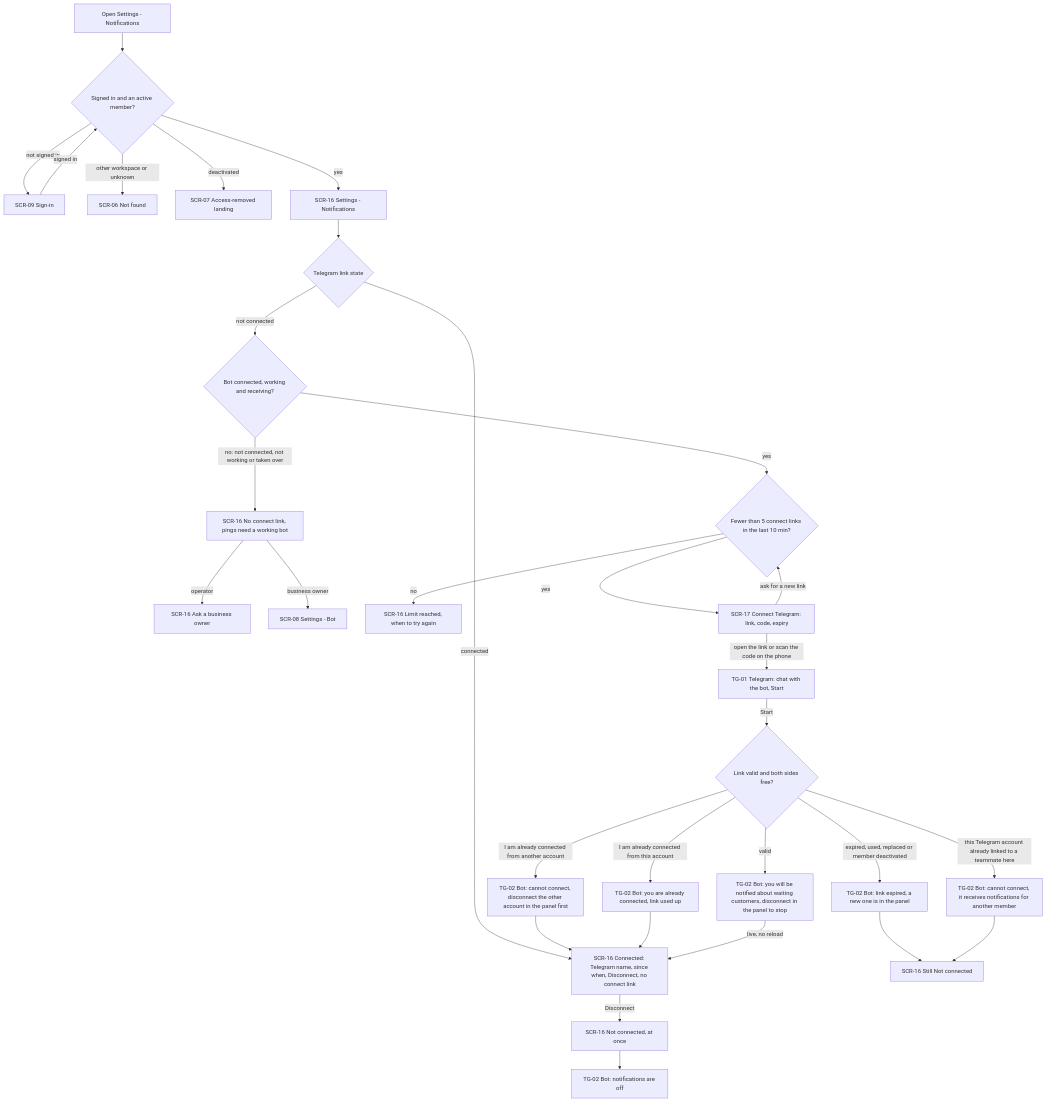
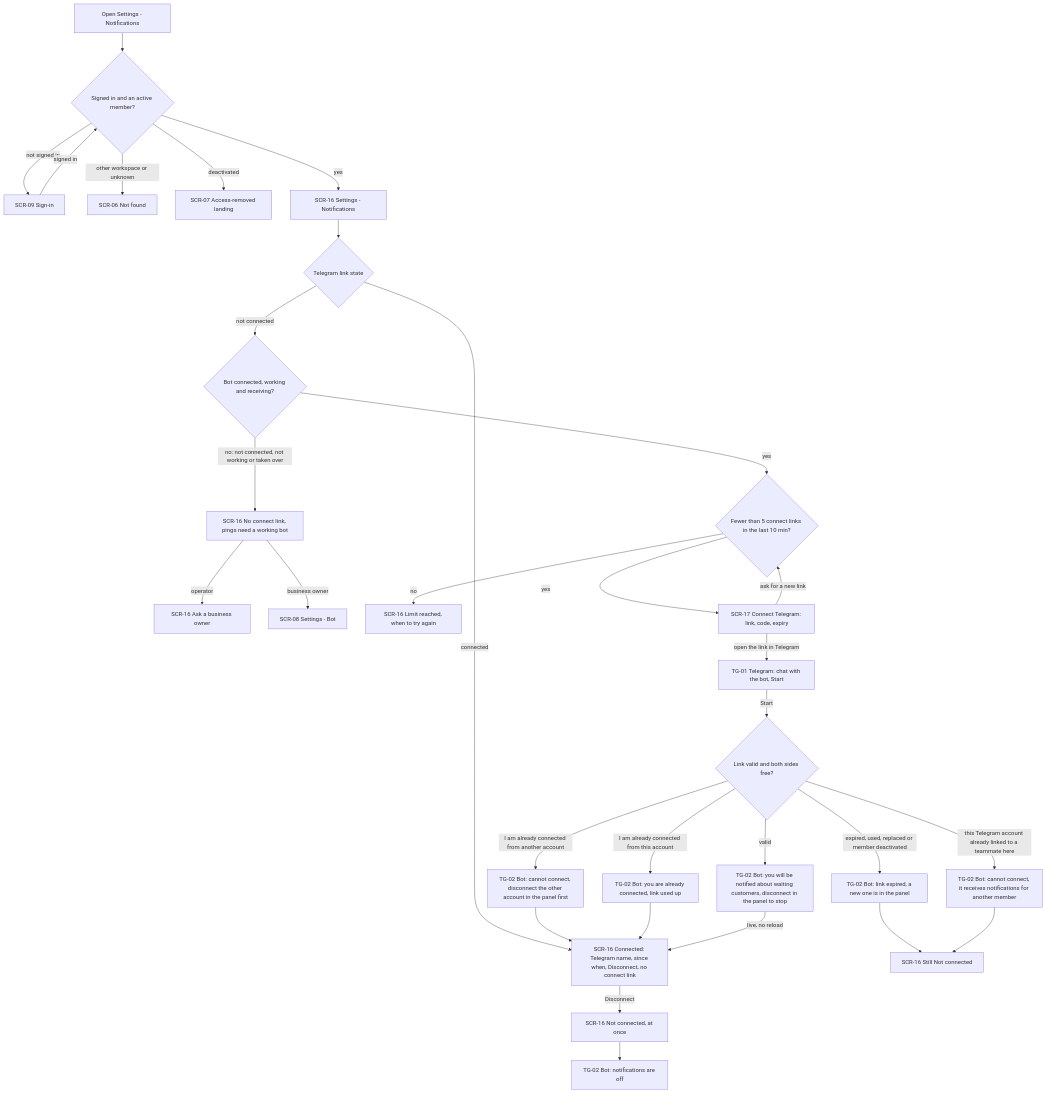
The third of 6 diagrams in docs/features/operator-notifications/ux-flows.md (GopkoDev/tg-inbox), drawn with Mermaid before and after one commit. The commit also changed other lines of this file and 5 other files, not shown here.

Commit message:
operator-notifications: no QR code in v1 (no new dependency) — connect link with Copy and Open in Telegram

````diff
--- a/docs/features/operator-notifications/ux-flows.md
+++ b/docs/features/operator-notifications/ux-flows.md
@@ -111,33 +111,33 @@
 ```mermaid
 flowchart TD
     A[Open Settings - Notifications] --> V{Signed in and an active member?}
     V -->|not signed in| SI[SCR-09 Sign-in]
     SI -->|signed in| V
     V -->|other workspace or unknown| NF[SCR-06 Not found]
     V -->|deactivated| AR[SCR-07 Access-removed landing]
     V -->|yes| S[SCR-16 Settings - Notifications]
     S --> K{Telegram link state}
     K -->|connected| CD[SCR-16 Connected: Telegram name, since when, Disconnect, no connect link]
     K -->|not connected| BS{Bot connected, working and receiving?}
     BS -->|no: not connected, not working or taken over| NB[SCR-16 No connect link, pings need a working bot]
     NB -->|operator| AO[SCR-16 Ask a business owner]
     NB -->|business owner| BOT[SCR-08 Settings - Bot]
     BS -->|yes| R{Fewer than 5 connect links in the last 10 min?}
     R -->|no| RL[SCR-16 Limit reached, when to try again]
     R -->|yes| DLG[SCR-17 Connect Telegram: link, code, expiry]
     DLG -->|ask for a new link| R
-    DLG -->|open the link or scan the code on the phone| TG1[TG-01 Telegram: chat with the bot, Start]
+    DLG -->|open the link in Telegram| TG1[TG-01 Telegram: chat with the bot, Start]
     TG1 -->|Start| L{Link valid and both sides free?}
     L -->|expired, used, replaced or member deactivated| EX[TG-02 Bot: link expired, a new one is in the panel]
     EX --> NC[SCR-16 Still Not connected]
     L -->|this Telegram account already linked to a teammate here| TK[TG-02 Bot: cannot connect, it receives notifications for another member]
     L -->|I am already connected from another account| OA[TG-02 Bot: cannot connect, disconnect the other account in the panel first]
     L -->|I am already connected from this account| AC[TG-02 Bot: you are already connected, link used up]
     TK --> NC
     OA --> CD
     AC --> CD
     L -->|valid| OK[TG-02 Bot: you will be notified about waiting customers, disconnect in the panel to stop]
     OK -->|live, no reload| CD
     CD -->|Disconnect| DIS[SCR-16 Not connected, at once]
     DIS --> OFFTG[TG-02 Bot: notifications are off]
 ```
````
